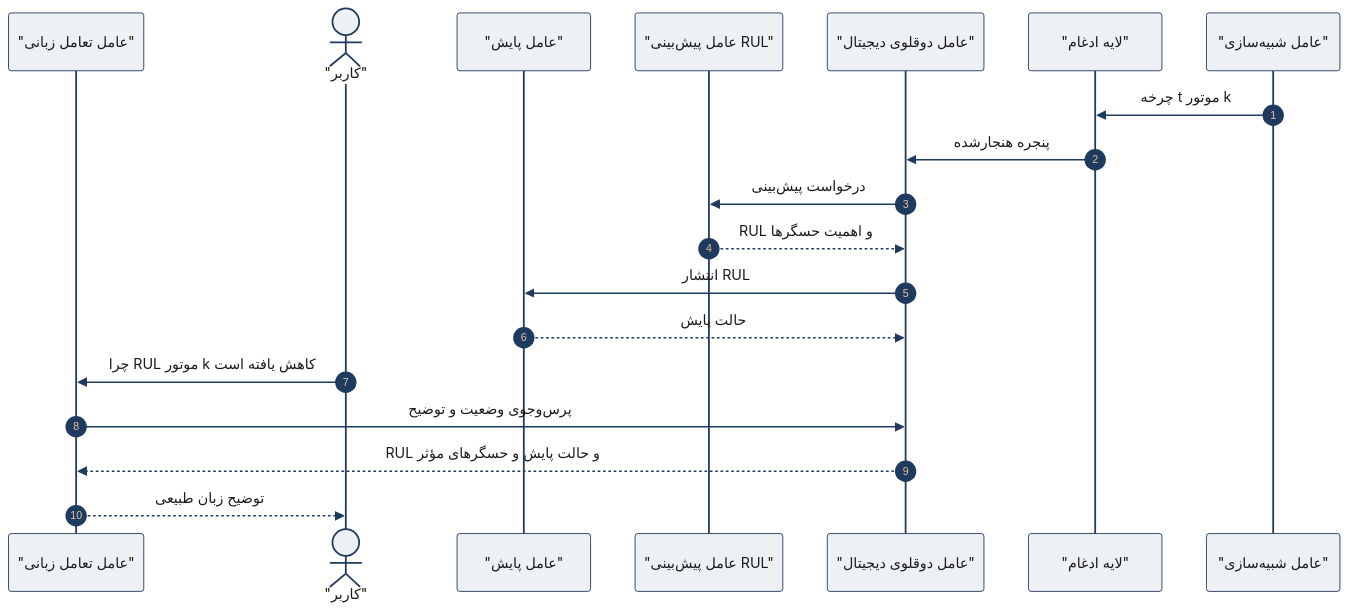
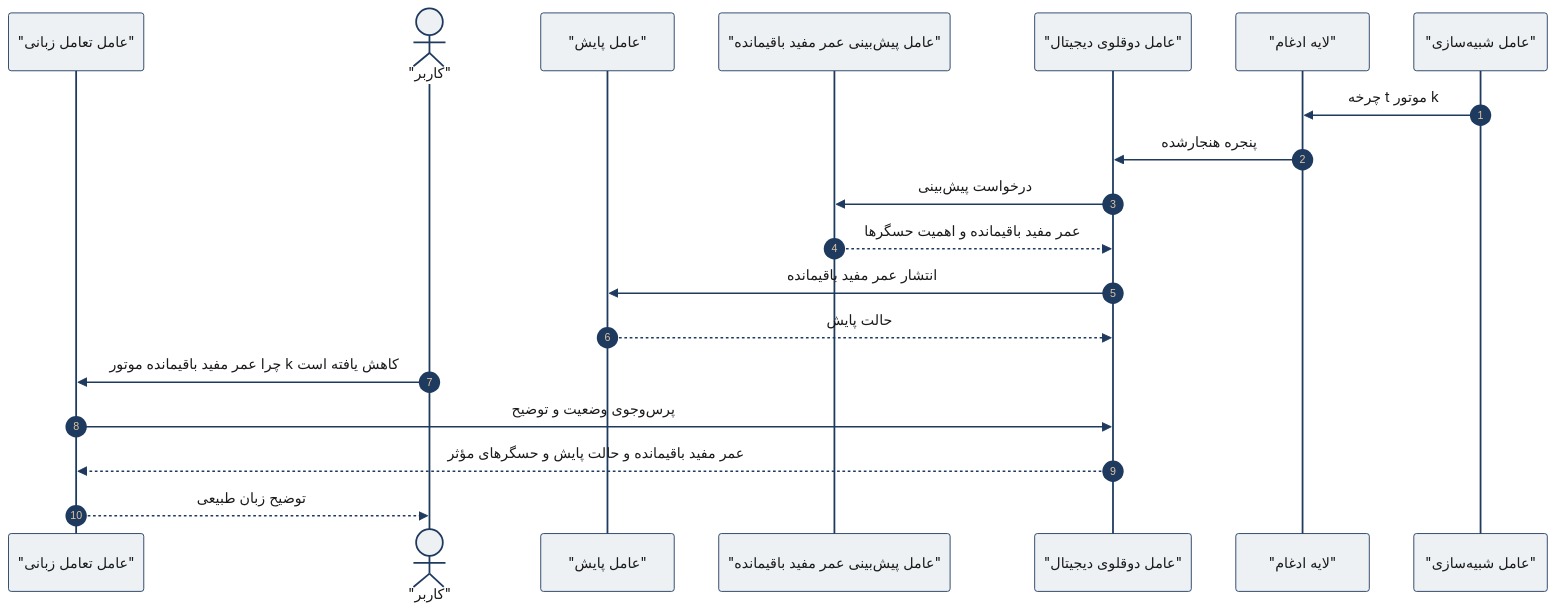
Before and after one commit to navidnasyry/MasterAsCode: the third of 3 diagrams in Writing/Theses/IUT_Theses/images/arch_sequence.md, drawn with Mermaid. The commit also changed other lines of this file and 46 other files, not shown here.

````diff
--- a/Writing/Theses/IUT_Theses/images/arch_sequence.md
+++ b/Writing/Theses/IUT_Theses/images/arch_sequence.md
@@ -83,39 +83,39 @@
 ```mermaid
 ---
 config:
   theme: base
   themeVariables:
     primaryColor: "#eef1f4"
     primaryTextColor: "#1a1a1a"
     primaryBorderColor: "#1f3a5f"
     lineColor: "#1f3a5f"
     actorBkg: "#eef1f4"
     actorBorder: "#1f3a5f"
     actorTextColor: "#1a1a1a"
     signalColor: "#1f3a5f"
     signalTextColor: "#1a1a1a"
     noteBkgColor: "#eef1f4"
     noteBorderColor: "#1f3a5f"
     noteTextColor: "#1a1a1a"
 ---
 sequenceDiagram
     autonumber
     participant L as "عامل تعامل زبانی"
     actor U as "کاربر"
     participant M as "عامل پایش"
-    participant P as "عامل پیش‌بینی RUL"
+    participant P as "عامل پیش‌بینی عمر مفید باقیمانده"
     participant D as "عامل دوقلوی دیجیتال"
     participant I as "لایه ادغام"
     participant S as "عامل شبیه‌سازی"
 
     S->>I: چرخه t موتور k
     I->>D: پنجره هنجارشده
     D->>P: درخواست پیش‌بینی
-    P-->>D: RUL و اهمیت حسگرها
-    D->>M: انتشار RUL
+    P-->>D: عمر مفید باقیمانده و اهمیت حسگرها
+    D->>M: انتشار عمر مفید باقیمانده
     M-->>D: حالت پایش
-    U->>L: چرا RUL موتور k کاهش یافته است
+    U->>L: چرا عمر مفید باقیمانده موتور k کاهش یافته است
     L->>D: پرس‌وجوی وضعیت و توضیح
-    D-->>L: RUL و حالت پایش و حسگرهای مؤثر
+    D-->>L: عمر مفید باقیمانده و حالت پایش و حسگرهای مؤثر
     L-->>U: توضیح زبان طبیعی
 ```
````
